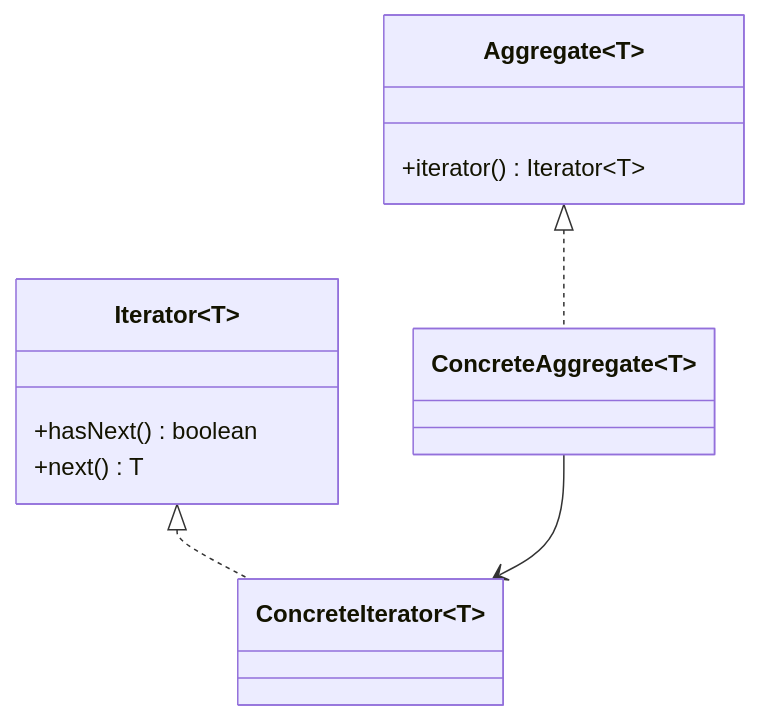
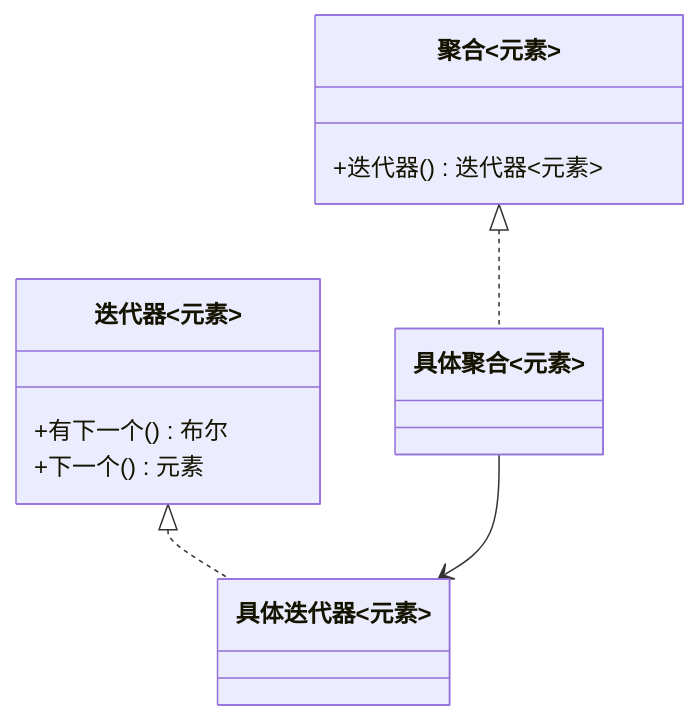
Before and after one commit to xlb3055/newBlog: the diagram in src/设计模式/行为模式/迭代器模式.md, drawn with Mermaid. The commit also changed other lines of this file and 17 other files, not shown here.

````diff
--- a/src/设计模式/行为模式/迭代器模式.md
+++ b/src/设计模式/行为模式/迭代器模式.md
@@ -32,16 +32,16 @@
 ```mermaid
 classDiagram
-    class Iterator~T~ {
-      +hasNext() boolean
-      +next() T
+    class 迭代器~元素~ {
+      +有下一个() 布尔
+      +下一个() 元素
     }
-    class Aggregate~T~ {
-      +iterator() Iterator~T~
+    class 聚合~元素~ {
+      +迭代器() 迭代器~元素~
     }
-    class ConcreteAggregate~T~
-    class ConcreteIterator~T~
+    class 具体聚合~元素~
+    class 具体迭代器~元素~
 
-    Iterator <|.. ConcreteIterator
-    Aggregate <|.. ConcreteAggregate
-    ConcreteAggregate --> ConcreteIterator
+    迭代器 <|.. 具体迭代器
+    聚合 <|.. 具体聚合
+    具体聚合 --> 具体迭代器
 ```
````
